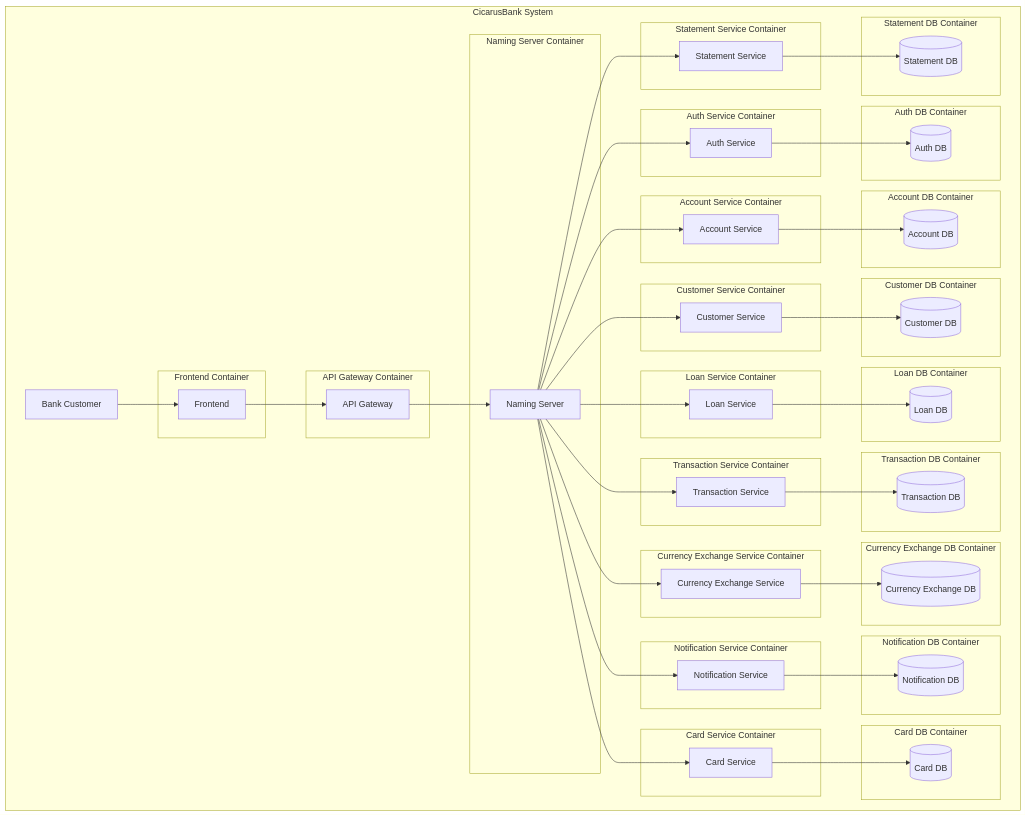
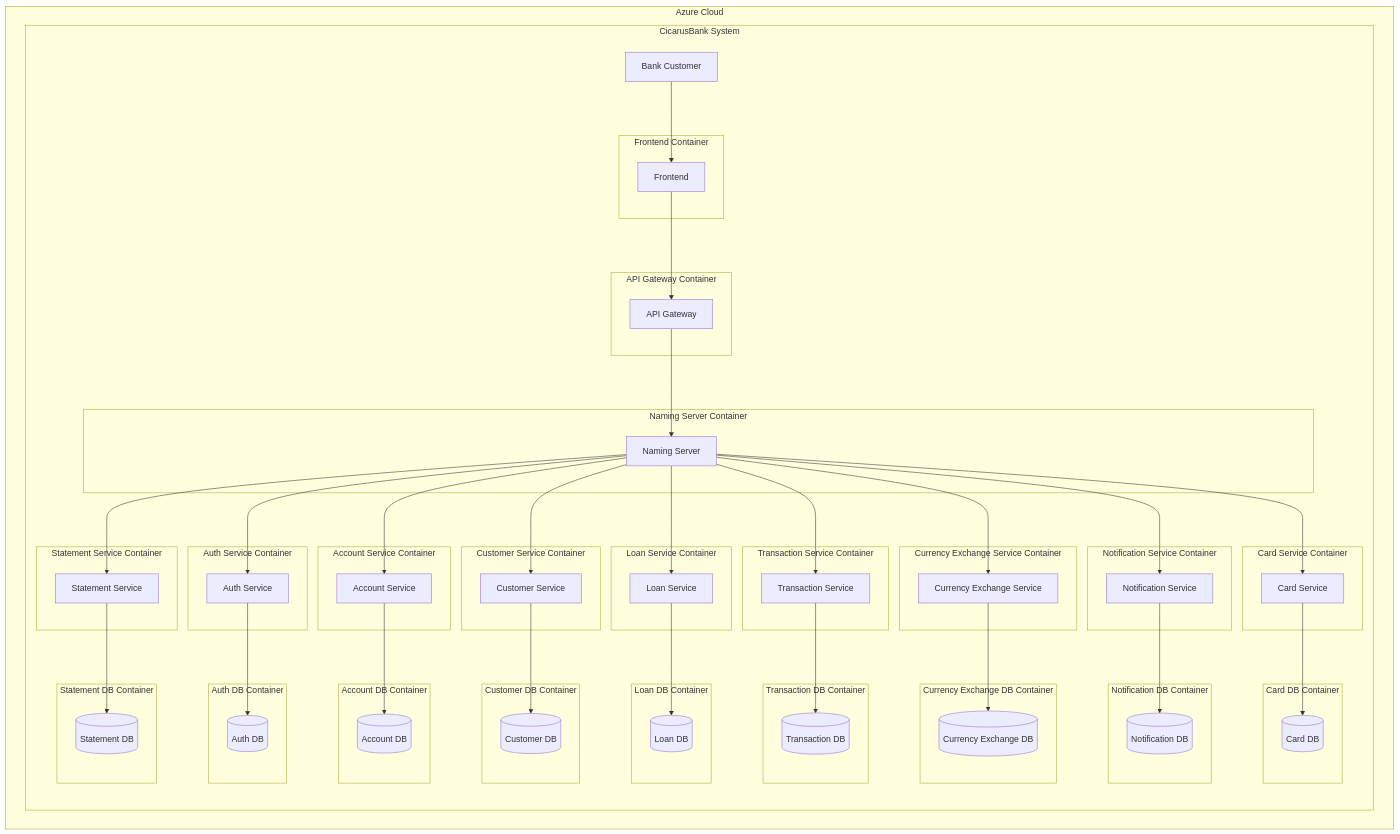
One commit to itiro-y/CicarusBank changed the diagram in README.md. Above: the diagram before and after it, drawn with Mermaid.

Commit message:
Adicionado cloud

````diff
--- a/README.md
+++ b/README.md
@@ -50,81 +50,83 @@
 ```mermaid
 graph TD
-    subgraph "CicarusBank System"
-        user[Bank Customer]
+    subgraph "Azure Cloud"
+        subgraph "CicarusBank System"
+            user[Bank Customer]
 
-        subgraph "Frontend Container"
-            frontend[Frontend]
-        end
+            subgraph "Frontend Container"
+                frontend[Frontend]
+            end
 
-        subgraph "API Gateway Container"
-            api_gateway[API Gateway]
-        end
+            subgraph "API Gateway Container"
+                api_gateway[API Gateway]
+            end
 
-        subgraph "Naming Server Container"
-            naming_server[Naming Server]
-        end
+            subgraph "Naming Server Container"
+                naming_server[Naming Server]
+            end
 
-        subgraph "Auth Service Container"
-            auth_service[Auth Service]
-        end
-        subgraph "Auth DB Container"
-            auth_db[(Auth DB)]
-        end
+            subgraph "Auth Service Container"
+                auth_service[Auth Service]
+            end
+            subgraph "Auth DB Container"
+                auth_db[(Auth DB)]
+            end
 
-        subgraph "Account Service Container"
-            account_service[Account Service]
-        end
-        subgraph "Account DB Container"
-            account_db[(Account DB)]
-        end
+            subgraph "Account Service Container"
+                account_service[Account Service]
+            end
+            subgraph "Account DB Container"
+                account_db[(Account DB)]
+            end
 
-        subgraph "Customer Service Container"
-            customer_service[Customer Service]
-        end
-        subgraph "Customer DB Container"
-            customer_db[(Customer DB)]
-        end
+            subgraph "Customer Service Container"
+                customer_service[Customer Service]
+            end
+            subgraph "Customer DB Container"
+                customer_db[(Customer DB)]
+            end
 
-        subgraph "Loan Service Container"
-            loan_service[Loan Service]
-        end
-        subgraph "Loan DB Container"
-            loan_db[(Loan DB)]
-        end
+            subgraph "Loan Service Container"
+                loan_service[Loan Service]
+            end
+            subgraph "Loan DB Container"
+                loan_db[(Loan DB)]
+            end
 
-        subgraph "Transaction Service Container"
-            transaction_service[Transaction Service]
-        end
-        subgraph "Transaction DB Container"
-            transaction_db[(Transaction DB)]
-        end
+            subgraph "Transaction Service Container"
+                transaction_service[Transaction Service]
+            end
+            subgraph "Transaction DB Container"
+                transaction_db[(Transaction DB)]
+            end
 
-        subgraph "Currency Exchange Service Container"
-            currency_exchange_service[Currency Exchange Service]
-        end
-        subgraph "Currency Exchange DB Container"
-            currency_exchange_db[(Currency Exchange DB)]
-        end
+            subgraph "Currency Exchange Service Container"
+                currency_exchange_service[Currency Exchange Service]
+            end
+            subgraph "Currency Exchange DB Container"
+                currency_exchange_db[(Currency Exchange DB)]
+            end
 
-        subgraph "Notification Service Container"
-            notification_service[Notification Service]
-        end
-        subgraph "Notification DB Container"
-            notification_db[(Notification DB)]
-        end
+            subgraph "Notification Service Container"
+                notification_service[Notification Service]
+            end
+            subgraph "Notification DB Container"
+                notification_db[(Notification DB)]
+            end
 
-        subgraph "Card Service Container"
-            card_service[Card Service]
-        end
-        subgraph "Card DB Container"
-            card_db[(Card DB)]
-        end
+            subgraph "Card Service Container"
+                card_service[Card Service]
+            end
+            subgraph "Card DB Container"
+                card_db[(Card DB)]
+            end
 
-        subgraph "Statement Service Container"
-            statement_service[Statement Service]
-        end
-        subgraph "Statement DB Container"
-            statement_db[(Statement DB)]
+            subgraph "Statement Service Container"
+                statement_service[Statement Service]
+            end
+            subgraph "Statement DB Container"
+                statement_db[(Statement DB)]
+            end
         end
     end
 
````
